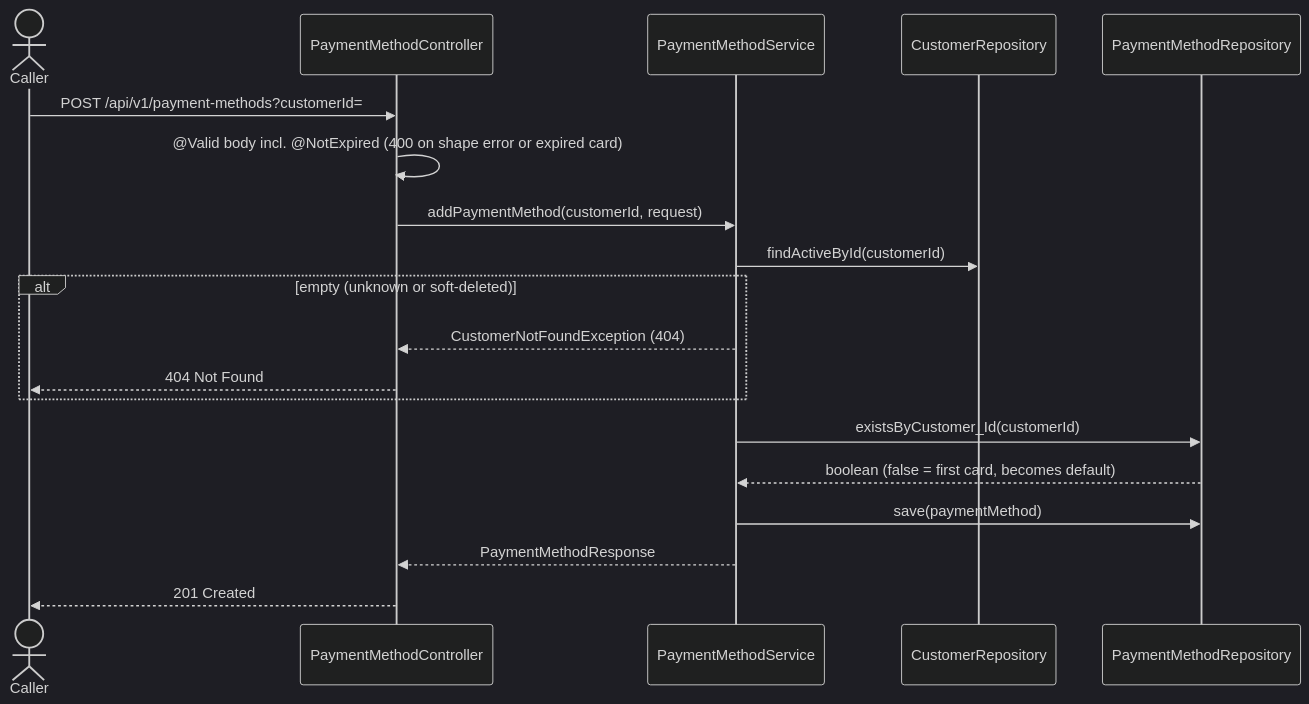
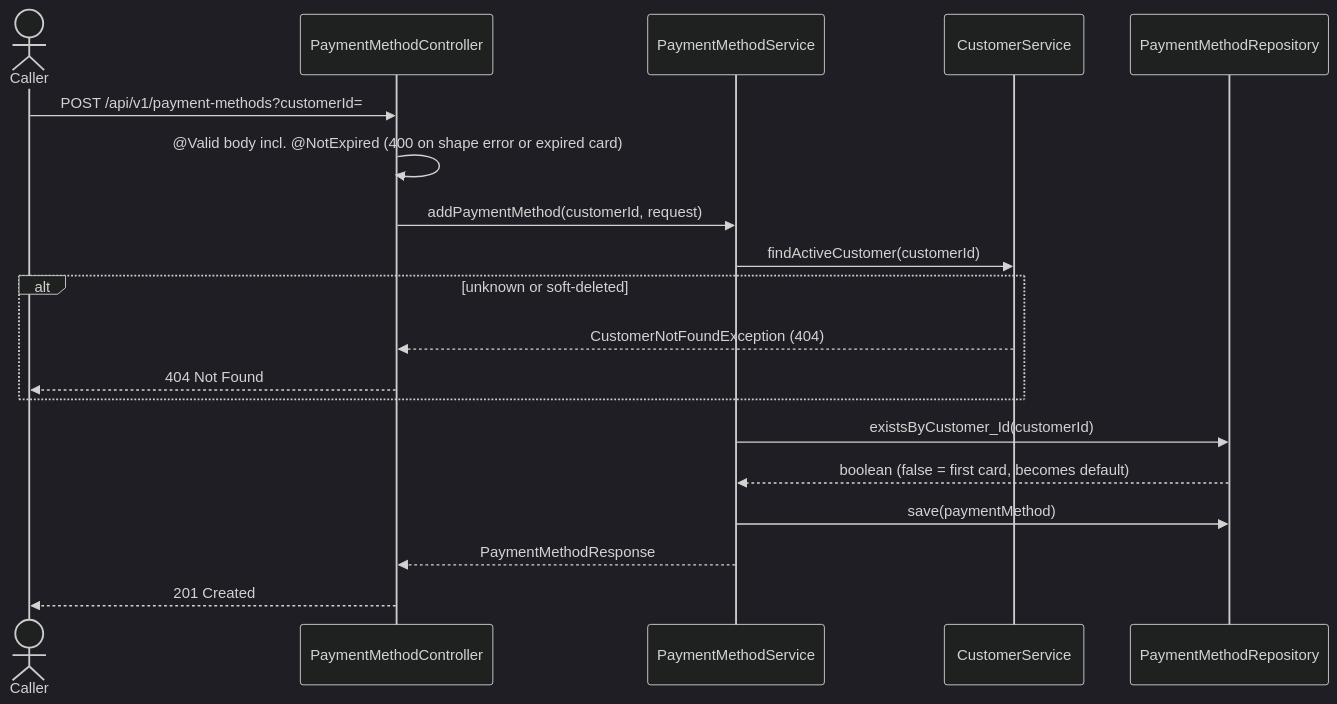
One commit to msmohammed0077-cmd/mentorship-restaurant changed the first of 2 diagrams in restaurant/.docs/use-cases/customer-management/payment-methods/payment-methods.md. Above: the diagram before and after it, drawn with Mermaid (dark theme). The commit also changed other lines of this file and 10 other files, not shown here.

````diff
--- a/restaurant/.docs/use-cases/customer-management/payment-methods/payment-methods.md
+++ b/restaurant/.docs/use-cases/customer-management/payment-methods/payment-methods.md
@@ -241,22 +241,22 @@
 ```mermaid
 sequenceDiagram
     actor Caller
     participant C as PaymentMethodController
     participant H as PaymentMethodService
-    participant CR as CustomerRepository
+    participant CS as CustomerService
     participant PR as PaymentMethodRepository
 
     Caller->>C: POST /api/v1/payment-methods?customerId=
     C->>C: @Valid body incl. @NotExpired (400 on shape error or expired card)
     C->>H: addPaymentMethod(customerId, request)
-    H->>CR: findActiveById(customerId)
-    alt empty (unknown or soft-deleted)
-        H-->>C: CustomerNotFoundException (404)
+    H->>CS: findActiveCustomer(customerId)
+    alt unknown or soft-deleted
+        CS-->>C: CustomerNotFoundException (404)
         C-->>Caller: 404 Not Found
     end
     H->>PR: existsByCustomer_Id(customerId)
     PR-->>H: boolean (false = first card, becomes default)
     H->>PR: save(paymentMethod)
     H-->>C: PaymentMethodResponse
     C-->>Caller: 201 Created
 ```
````
